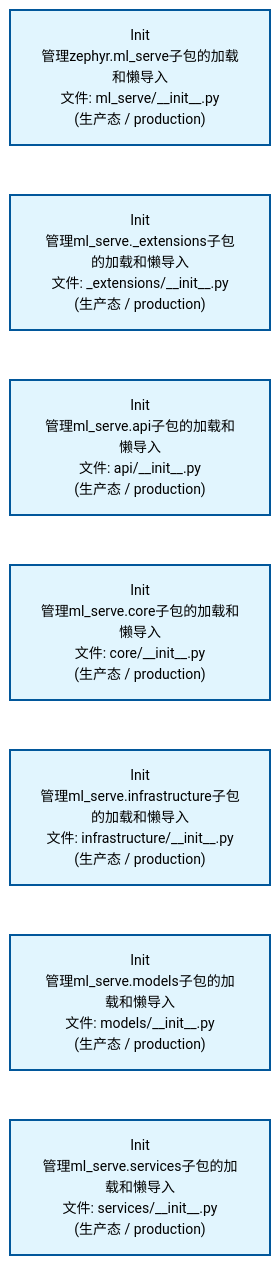
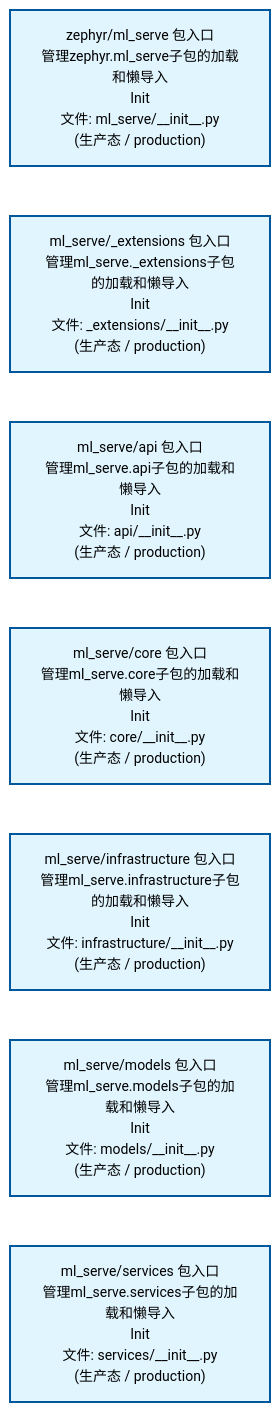
Before and after one commit to xuanFelixVan/ZephyrAlpha: the first of 2 diagrams in docs/02_enterprise_architecture/02_domain_architecture_docs/60_d_ml_serve.md, drawn with Mermaid. The commit also changed other lines of this file and 56 other files, not shown here.

````diff
--- a/docs/02_enterprise_architecture/02_domain_architecture_docs/60_d_ml_serve.md
+++ b/docs/02_enterprise_architecture/02_domain_architecture_docs/60_d_ml_serve.md
@@ -53,22 +53,22 @@
 ```mermaid
 %%{init: {'theme': 'base', 'themeVariables': {'primaryColor': '#eaeaea', 'primaryTextColor': '#333333', 'primaryBorderColor': '#666666', 'lineColor': '#666666', 'secondaryColor': '#eaeaea', 'tertiaryColor': '#eaeaea', 'fontSize': '14px'}}}%%
 flowchart TD
-    src_zephyr_ml_serve_init_py["Init<br/>管理zephyr.ml_serve子包的加载和懒导入<br/>文件: ml_serve/__init__.py<br/>(生产态 / production)"]
-    src_zephyr_ml_serve_extensions_init_py["Init<br/>管理ml_serve._extensions子包的加载和懒导入<br/>文件: _extensions/__init__.py<br/>(生产态 / production)"]
-    src_zephyr_ml_serve_api_init_py["Init<br/>管理ml_serve.api子包的加载和懒导入<br/>文件: api/__init__.py<br/>(生产态 / production)"]
-    src_zephyr_ml_serve_core_init_py["Init<br/>管理ml_serve.core子包的加载和懒导入<br/>文件: core/__init__.py<br/>(生产态 / production)"]
-    src_zephyr_ml_serve_infrastructure_init_py["Init<br/>管理ml_serve.infrastructure子包的加载和懒导入<br/>文件: infrastructure/__init__.py<br/>(生产态 / production)"]
-    src_zephyr_ml_serve_models_init_py["Init<br/>管理ml_serve.models子包的加载和懒导入<br/>文件: models/__init__.py<br/>(生产态 / production)"]
-    src_zephyr_ml_serve_services_init_py["Init<br/>管理ml_serve.services子包的加载和懒导入<br/>文件: services/__init__.py<br/>(生产态 / production)"]
+    src_zephyr_ml_serve_init_py["zephyr/ml_serve 包入口<br/>管理zephyr.ml_serve子包的加载和懒导入<br/>Init<br/>文件: ml_serve/__init__.py<br/>(生产态 / production)"]
+    src_zephyr_ml_serve_extensions_init_py["ml_serve/_extensions 包入口<br/>管理ml_serve._extensions子包的加载和懒导入<br/>Init<br/>文件: _extensions/__init__.py<br/>(生产态 / production)"]
+    src_zephyr_ml_serve_api_init_py["ml_serve/api 包入口<br/>管理ml_serve.api子包的加载和懒导入<br/>Init<br/>文件: api/__init__.py<br/>(生产态 / production)"]
+    src_zephyr_ml_serve_core_init_py["ml_serve/core 包入口<br/>管理ml_serve.core子包的加载和懒导入<br/>Init<br/>文件: core/__init__.py<br/>(生产态 / production)"]
+    src_zephyr_ml_serve_infrastructure_init_py["ml_serve/infrastructure 包入口<br/>管理ml_serve.infrastructure子包的加载和懒导入<br/>Init<br/>文件: infrastructure/__init__.py<br/>(生产态 / production)"]
+    src_zephyr_ml_serve_models_init_py["ml_serve/models 包入口<br/>管理ml_serve.models子包的加载和懒导入<br/>Init<br/>文件: models/__init__.py<br/>(生产态 / production)"]
+    src_zephyr_ml_serve_services_init_py["ml_serve/services 包入口<br/>管理ml_serve.services子包的加载和懒导入<br/>Init<br/>文件: services/__init__.py<br/>(生产态 / production)"]
     src_zephyr_ml_serve_init_py ~~~ src_zephyr_ml_serve_extensions_init_py
     src_zephyr_ml_serve_extensions_init_py ~~~ src_zephyr_ml_serve_api_init_py
     src_zephyr_ml_serve_api_init_py ~~~ src_zephyr_ml_serve_core_init_py
     src_zephyr_ml_serve_core_init_py ~~~ src_zephyr_ml_serve_infrastructure_init_py
     src_zephyr_ml_serve_infrastructure_init_py ~~~ src_zephyr_ml_serve_models_init_py
     src_zephyr_ml_serve_models_init_py ~~~ src_zephyr_ml_serve_services_init_py
     classDef production fill:#e1f5fe,stroke:#01579b,stroke-width:2px,color:#000
     classDef design fill:#fff3e0,stroke:#e65100,stroke-width:2px,color:#000,stroke-dasharray: 5 5
     classDef external_prod fill:#e8f4fd,stroke:#0277bd,stroke-width:1px,color:#000
     classDef external_design fill:#fff8e7,stroke:#ef6c00,stroke-width:1px,color:#000,stroke-dasharray: 5 5
     class src_zephyr_ml_serve_init_py,src_zephyr_ml_serve_extensions_init_py,src_zephyr_ml_serve_api_init_py,src_zephyr_ml_serve_core_init_py,src_zephyr_ml_serve_infrastructure_init_py,src_zephyr_ml_serve_models_init_py,src_zephyr_ml_serve_services_init_py production
 ```
````
